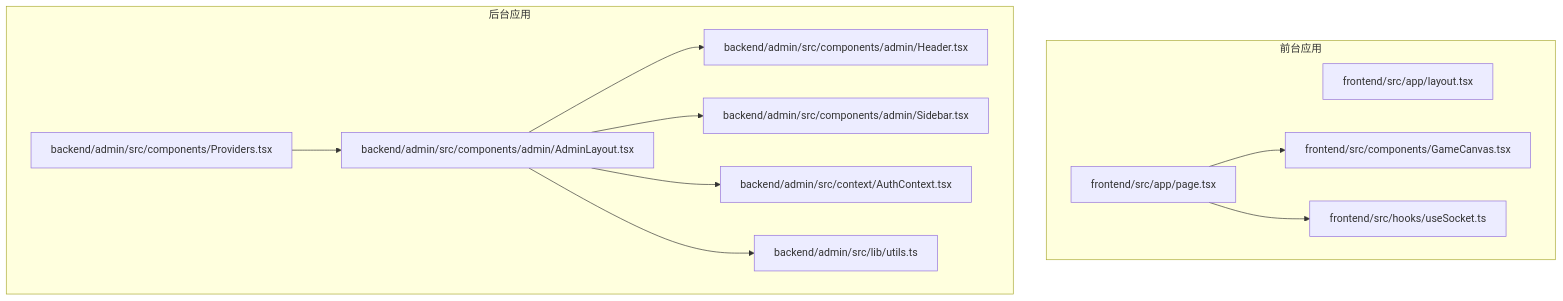
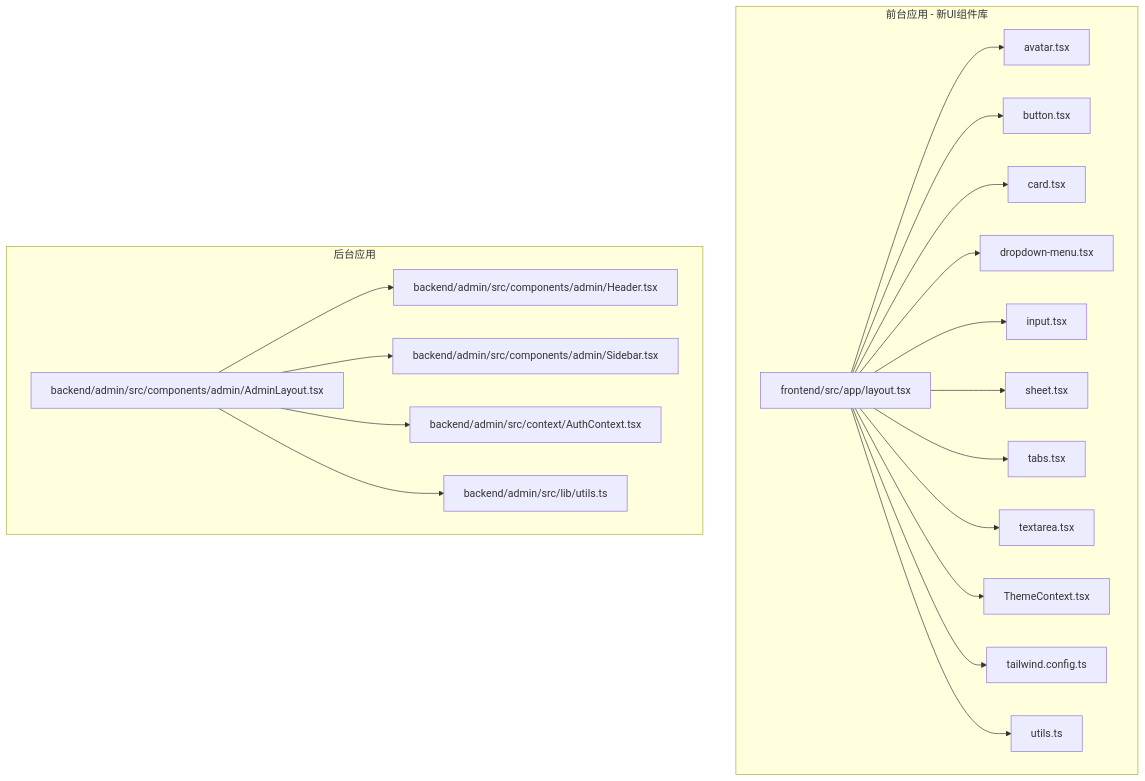
The first of 4 diagrams in .qoder/repowiki/zh/content/前端开发指南/UI 组件设计.md (KunLabAI/KunFlix), drawn with Mermaid before and after one commit. The commit also changed other lines of this file and 25 other files, not shown here.

````diff
--- a/.qoder/repowiki/zh/content/前端开发指南/UI 组件设计.md
+++ b/.qoder/repowiki/zh/content/前端开发指南/UI 组件设计.md
@@ -37,24 +55,39 @@
 ```mermaid
 graph TB
-subgraph "前台应用"
+subgraph "前台应用 - 新UI组件库"
 FRoot["frontend/src/app/layout.tsx"]
-FPage["frontend/src/app/page.tsx"]
-FGame["frontend/src/components/GameCanvas.tsx"]
-FHook["frontend/src/hooks/useSocket.ts"]
+FAvatar["avatar.tsx"]
+FButton["button.tsx"]
+FCard["card.tsx"]
+FDropdown["dropdown-menu.tsx"]
+FInput["input.tsx"]
+FSheet["sheet.tsx"]
+FTabs["tabs.tsx"]
+FTextarea["textarea.tsx"]
+FTheme["ThemeContext.tsx"]
+FTailwind["tailwind.config.ts"]
+FUtils["utils.ts"]
 end
 subgraph "后台应用"
-AProv["backend/admin/src/components/Providers.tsx"]
 AAL["backend/admin/src/components/admin/AdminLayout.tsx"]
 AH["backend/admin/src/components/admin/Header.tsx"]
 AS["backend/admin/src/components/admin/Sidebar.tsx"]
 ACtx["backend/admin/src/context/AuthContext.tsx"]
 AUtil["backend/admin/src/lib/utils.ts"]
 end
-FPage --> FGame
-FPage --> FHook
-AProv --> AAL
+FRoot --> FAvatar
+FRoot --> FButton
+FRoot --> FCard
+FRoot --> FDropdown
+FRoot --> FInput
+FRoot --> FSheet
+FRoot --> FTabs
+FRoot --> FTextarea
+FRoot --> FTheme
+FRoot --> FTailwind
+FRoot --> FUtils
 AAL --> AH
 AAL --> AS
 AAL --> ACtx
 AAL --> AUtil
 ```
````
